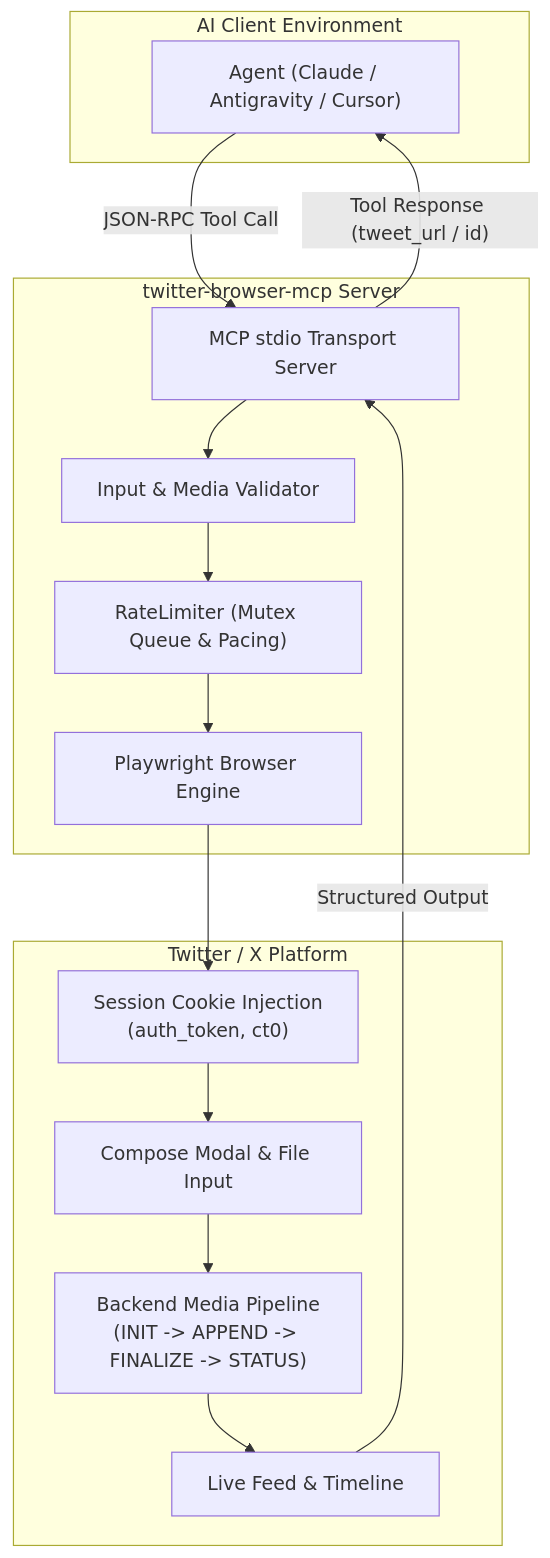
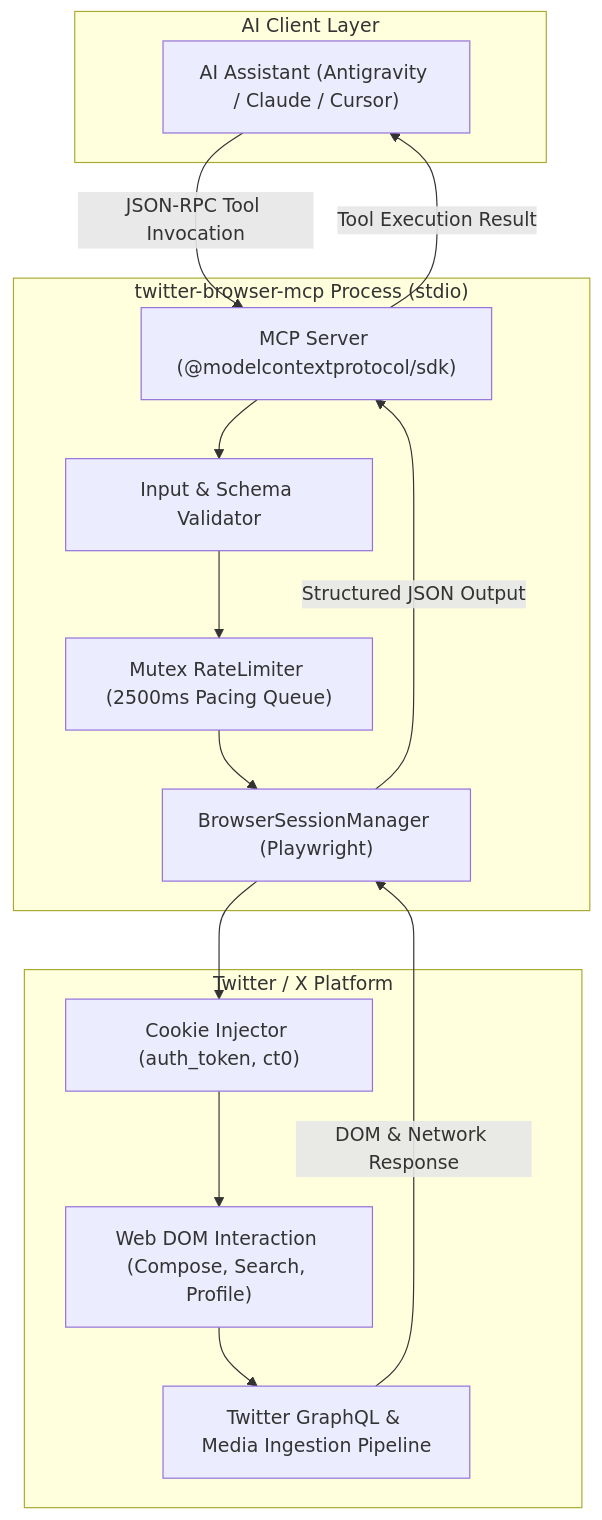
The first of 2 diagrams in README.md (sparsh101sparsh/twitter-browser-mcp), drawn with Mermaid before and after one commit. The commit also changed other lines of this file, not shown here.

Commit message:
docs: expand README with comprehensive setup guides, full tool schemas, troubleshooting, and professional formatting without emojis

````diff
--- a/README.md
+++ b/README.md
@@ -52,31 +48,30 @@
 ```mermaid
 flowchart TD
-    subgraph Client["AI Client Environment"]
-        A["Agent (Claude / Antigravity / Cursor)"]
+    subgraph ClientLayer["AI Client Layer"]
+        Agent["AI Assistant (Antigravity / Claude / Cursor)"]
     end
 
-    subgraph MCP["twitter-browser-mcp Server"]
-        B["MCP stdio Transport Server"]
-        C["RateLimiter (Mutex Queue & Pacing)"]
-        D["Input & Media Validator"]
-        E["Playwright Browser Engine"]
+    subgraph ServerLayer["twitter-browser-mcp Process (stdio)"]
+        Server["MCP Server (@modelcontextprotocol/sdk)"]
+        Validator["Input & Schema Validator"]
+        RateLimiter["Mutex RateLimiter (2500ms Pacing Queue)"]
+        SessionMgr["BrowserSessionManager (Playwright)"]
     end
 
-    subgraph Twitter["Twitter / X Platform"]
-        F["Session Cookie Injection\n(auth_token, ct0)"]
-        G["Compose Modal & File Input"]
-        H["Backend Media Pipeline\n(INIT -> APPEND -> FINALIZE -> STATUS)"]
-        I["Live Feed & Timeline"]
+    subgraph TwitterLayer["Twitter / X Platform"]
+        CookieStore["Cookie Injector (auth_token, ct0)"]
+        DOMEngine["Web DOM Interaction (Compose, Search, Profile)"]
+        BackendPipeline["Twitter GraphQL & Media Ingestion Pipeline"]
     end
 
-    A -- "JSON-RPC Tool Call" --> B
-    B --> D
-    D --> C
-    C --> E
-    E --> F
-    F --> G
-    G --> H
-    H --> I
-    I -- "Structured Output" --> B
-    B -- "Tool Response (tweet_url / id)" --> A
+    Agent -- "JSON-RPC Tool Invocation" --> Server
+    Server --> Validator
+    Validator --> RateLimiter
+    RateLimiter --> SessionMgr
+    SessionMgr --> CookieStore
+    CookieStore --> DOMEngine
+    DOMEngine --> BackendPipeline
+    BackendPipeline -- "DOM & Network Response" --> SessionMgr
+    SessionMgr -- "Structured JSON Output" --> Server
+    Server -- "Tool Execution Result" --> Agent
 ```
````
